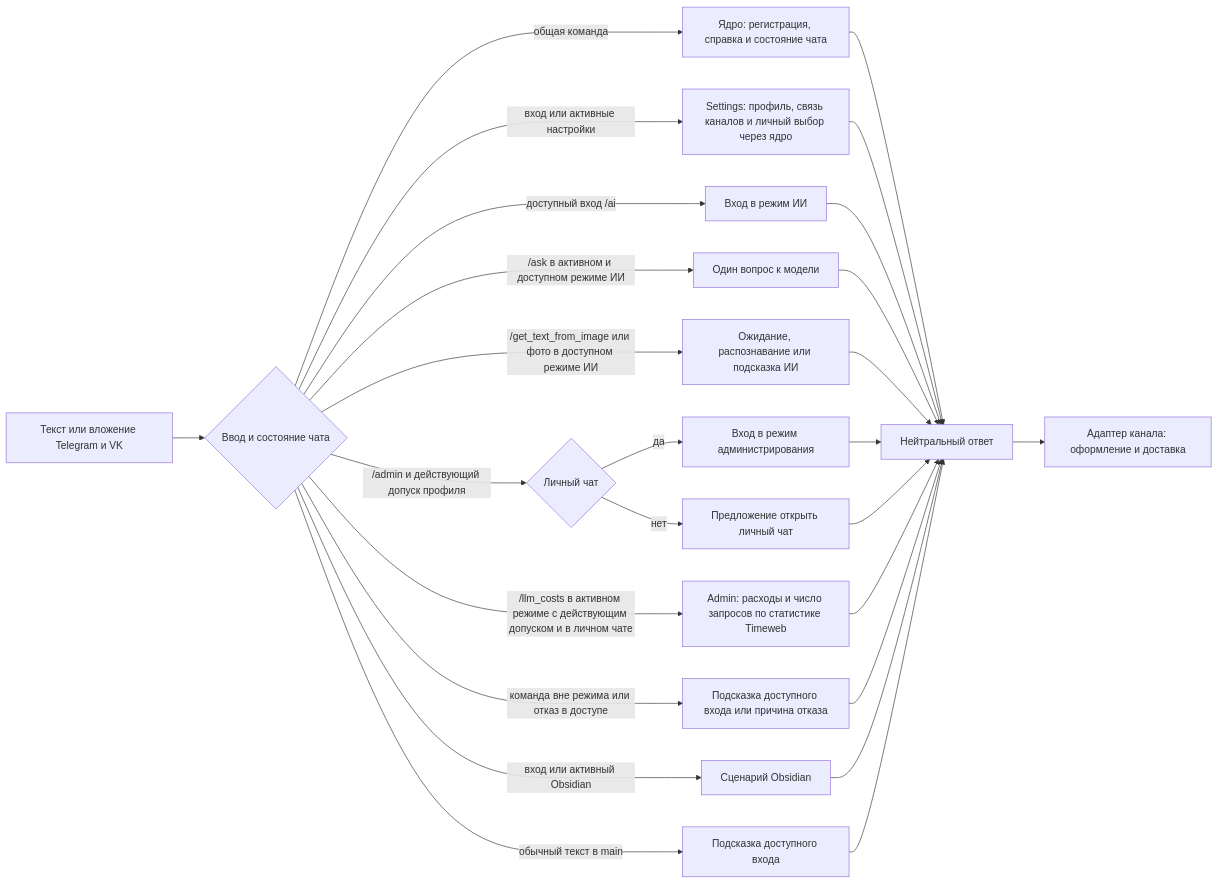
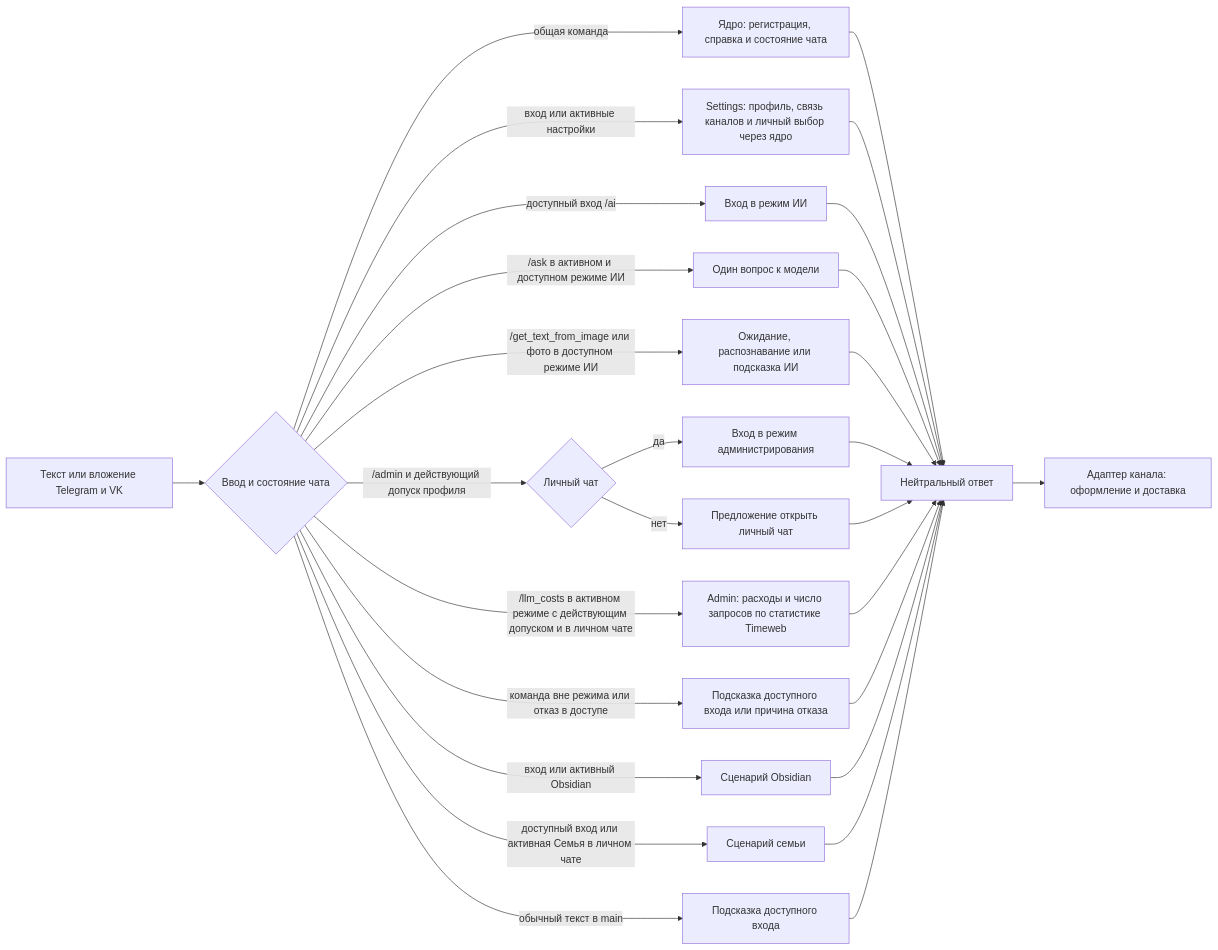
One commit to karateka-git/compadre-assistant changed the diagram in docs/USER_MESSAGES.md. Above: the diagram before and after it, drawn with Mermaid. The commit also changed other lines of this file and 9 other files, not shown here.

````diff
--- a/docs/USER_MESSAGES.md
+++ b/docs/USER_MESSAGES.md
@@ -21,28 +24,30 @@
 ```mermaid
 flowchart LR
     A[Текст или вложение Telegram и VK] --> B{Ввод и состояние чата}
     B -->|общая команда| C[Ядро: регистрация, справка и состояние чата]
     B -->|вход или активные настройки| S[Settings: профиль, связь каналов и личный выбор через ядро]
     B -->|доступный вход /ai| D[Вход в режим ИИ]
     B -->|/ask в активном и доступном режиме ИИ| I[Один вопрос к модели]
     B -->|/get_text_from_image или фото в доступном режиме ИИ| K[Ожидание, распознавание или подсказка ИИ]
     B -->|/admin и действующий допуск профиля| L{Личный чат}
     L -->|да| Q[Вход в режим администрирования]
     L -->|нет| P[Предложение открыть личный чат]
     B -->|/llm_costs в активном режиме с действующим допуском и в личном чате| N[Admin: расходы и число запросов по статистике Timeweb]
     B -->|команда вне режима или отказ в доступе| J[Подсказка доступного входа или причина отказа]
     B -->|вход или активный Obsidian| E[Сценарий Obsidian]
+    B -->|доступный вход или активная Семья в личном чате| M[Сценарий семьи]
     B -->|обычный текст в main| F[Подсказка доступного входа]
     C --> G[Нейтральный ответ]
     S --> G
     D --> G
     I --> G
     K --> G
     Q --> G
     N --> G
     P --> G
     J --> G
     E --> G
+    M --> G
     F --> G
     G --> H[Адаптер канала: оформление и доставка]
 ```
````
